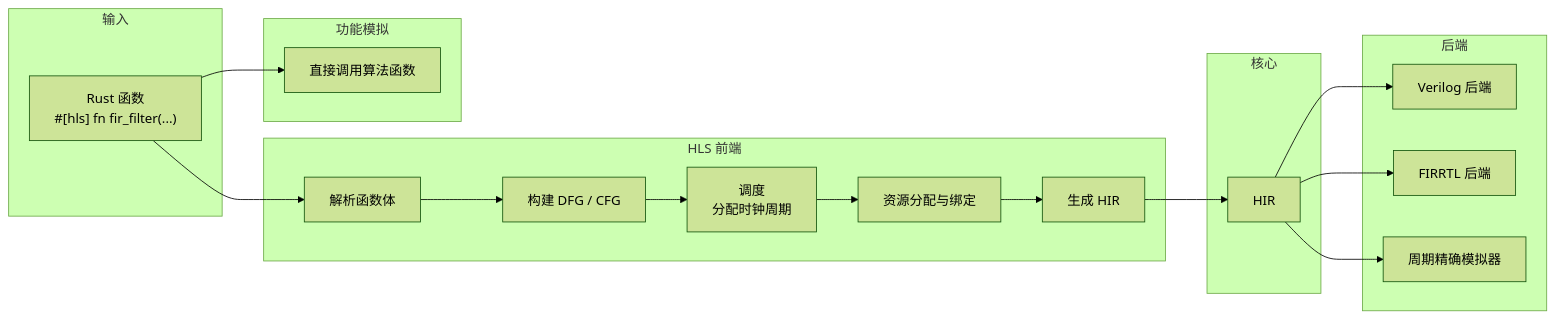
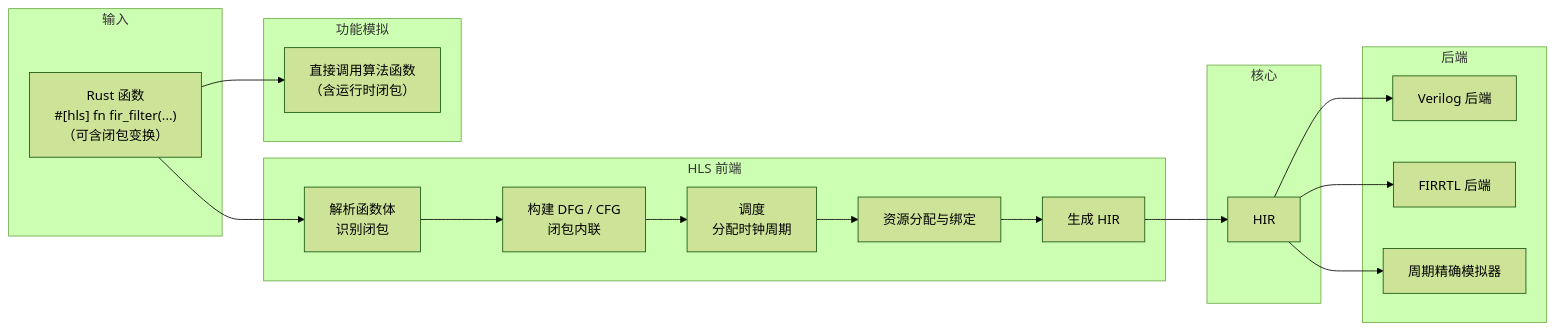
Before and after one commit to TangCan/bitloom: the second of 17 diagrams in docs/requirements/17. 扩展功能整合.md, drawn with Mermaid (forest theme). The commit also changed other lines of this file and 17 other files, not shown here.

````diff
--- a/docs/requirements/17. 扩展功能整合.md
+++ b/docs/requirements/17. 扩展功能整合.md
@@ -85,31 +77,30 @@
 ```mermaid
 flowchart LR
     subgraph 输入
-        A["Rust 函数<br>#[hls] fn fir_filter(...)"]
+        A["Rust 函数<br>#[hls] fn fir_filter(...)<br>（可含闭包变换）"]
     end
     subgraph HLS 前端
-        B[解析函数体]
-        C[构建 DFG / CFG]
+        B[解析函数体<br>识别闭包]
+        C[构建 DFG / CFG<br>闭包内联]
         D[调度<br>分配时钟周期]
         E[资源分配与绑定]
         F[生成 HIR]
     end
     subgraph 核心
         G[HIR]
     end
     subgraph 后端
         H[Verilog 后端]
         I[FIRRTL 后端]
         J[周期精确模拟器]
     end
     subgraph 功能模拟
-        K[直接调用算法函数]
+        K[直接调用算法函数<br>（含运行时闭包）]
     end
 
     A --> B --> C --> D --> E --> F --> G
     G --> H
     G --> I
     G --> J
     A --> K
-
 ```
````
